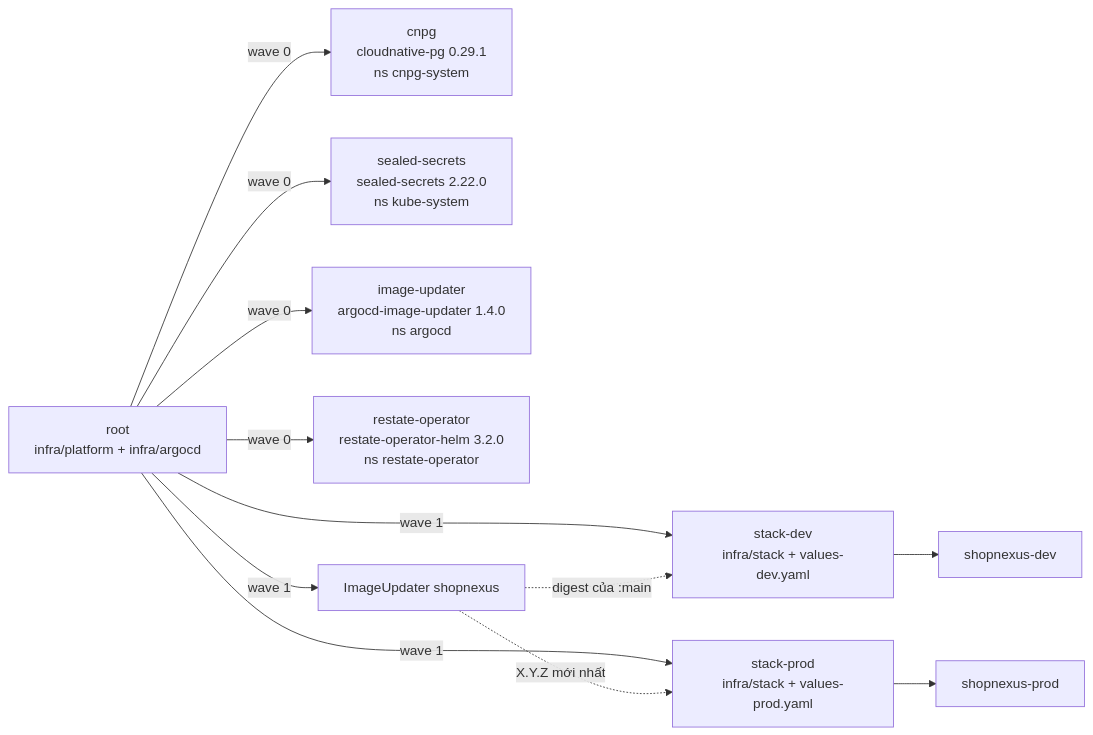
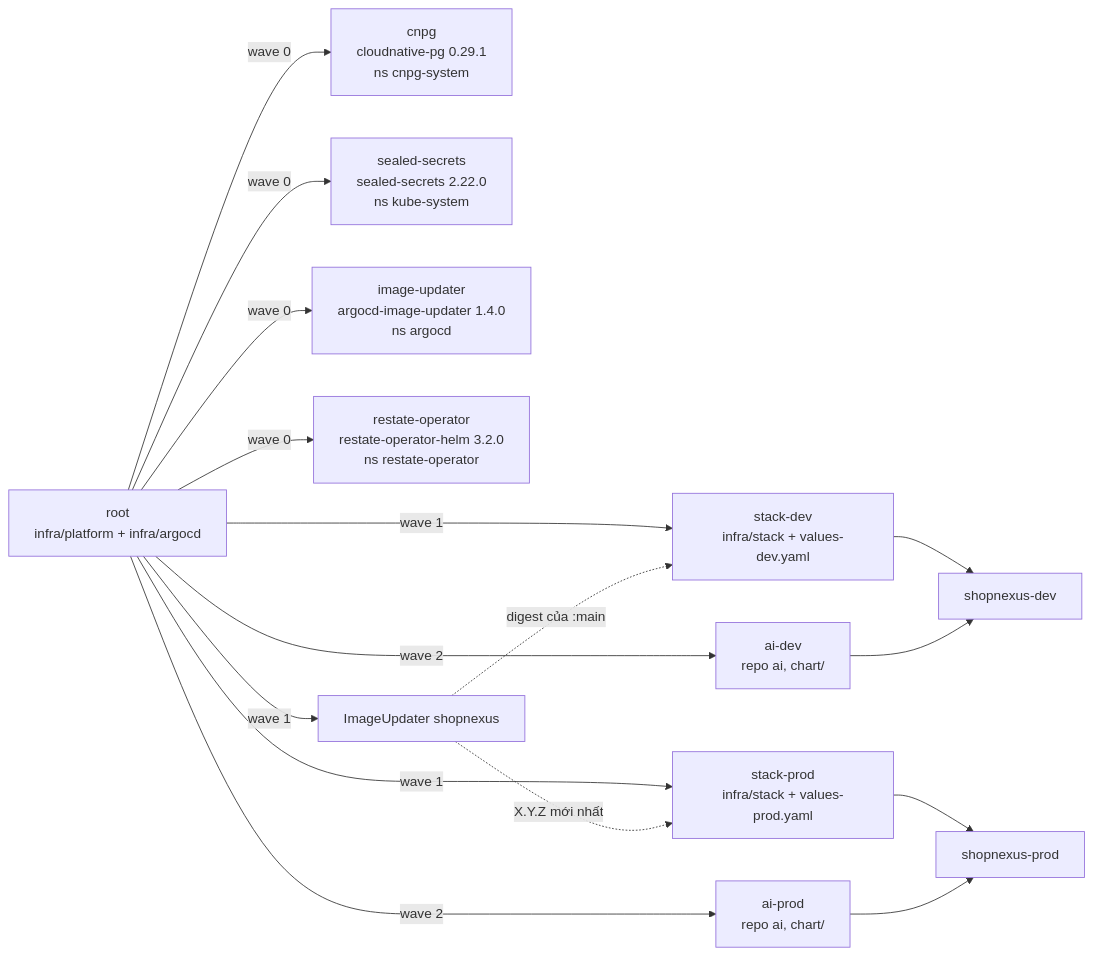
One commit to shopnexus/docs changed the second of 2 diagrams in web/src/content/docs/vi/operations/cluster/index.mdx. Above: the diagram before and after it, drawn with Mermaid. The commit also changed other lines of this file and 17 other files, not shown here.

````diff
--- a/web/src/content/docs/vi/operations/cluster/index.mdx
+++ b/web/src/content/docs/vi/operations/cluster/index.mdx
@@ -99,15 +99,19 @@
 ```mermaid title="Các Application trong Argo CD"
 flowchart LR
   root["root<br/>infra/platform + infra/argocd"]
   root -->|wave 0| cnpg["cnpg<br/>cloudnative-pg 0.29.1<br/>ns cnpg-system"]
   root -->|wave 0| ss["sealed-secrets<br/>sealed-secrets 2.22.0<br/>ns kube-system"]
   root -->|wave 0| iuapp["image-updater<br/>argocd-image-updater 1.4.0<br/>ns argocd"]
   root -->|wave 0| ro["restate-operator<br/>restate-operator-helm 3.2.0<br/>ns restate-operator"]
   root -->|wave 1| dev["stack-dev<br/>infra/stack + values-dev.yaml"]
   root -->|wave 1| prod["stack-prod<br/>infra/stack + values-prod.yaml"]
   root -->|wave 1| iu["ImageUpdater shopnexus"]
+  root -->|wave 2| aidev["ai-dev<br/>repo ai, chart/"]
+  root -->|wave 2| aiprod["ai-prod<br/>repo ai, chart/"]
   iu -. "digest của :main" .-> dev
   iu -. "X.Y.Z mới nhất" .-> prod
   dev --> devns[shopnexus-dev]
   prod --> prodns[shopnexus-prod]
+  aidev --> devns
+  aiprod --> prodns
 ```
````
